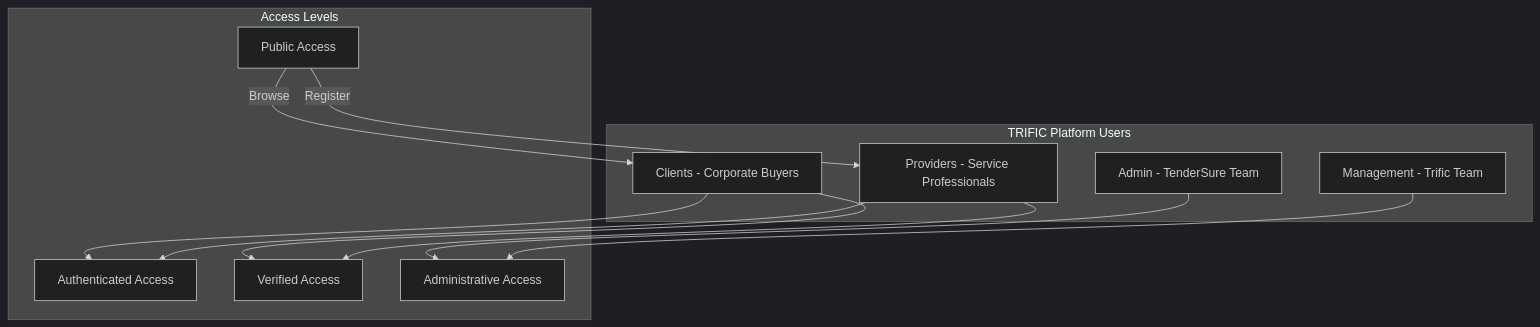
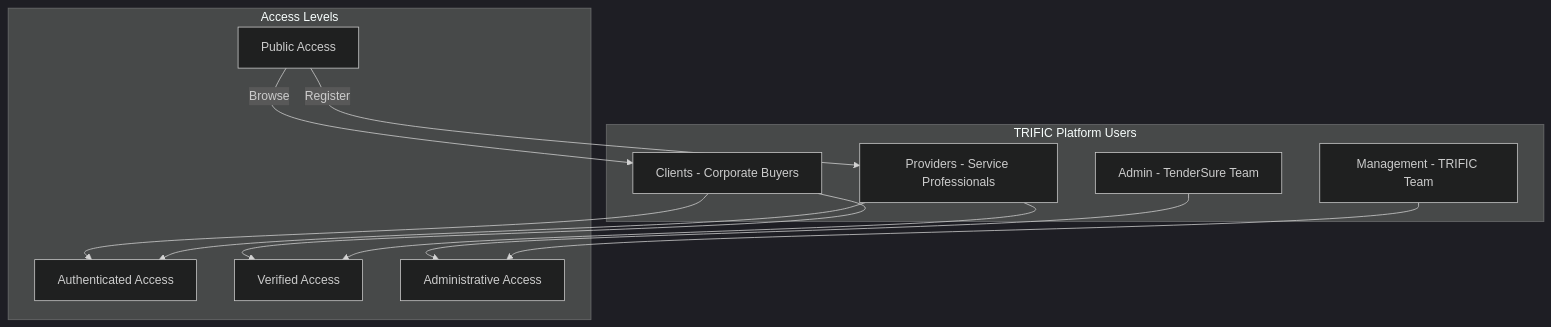
Before and after one commit to TenderSure-Africa-SEZ/trific-platform-docs: the first of 2 diagrams in docs/platform/user-roles.md, drawn with Mermaid (dark theme). The commit also changed other lines of this file and 12 other files, not shown here.

````diff
--- a/docs/platform/user-roles.md
+++ b/docs/platform/user-roles.md
@@ -7,26 +7,26 @@
 ```mermaid
 graph TB
     subgraph "TRIFIC Platform Users"
         A[Clients - Corporate Buyers]
         B[Providers - Service Professionals]
         C[Admin - TenderSure Team]
-        D[Management - Trific Team]
+        D[Management - TRIFIC Team]
     end
 
     subgraph "Access Levels"
         E[Public Access]
         F[Authenticated Access]
         G[Verified Access]
         H[Administrative Access]
     end
 
     A --> F
     A --> G
     B --> F
     B --> G
     C --> H
     D --> H
 
     E --> |Browse| A
     E --> |Register| B
 ```
````
